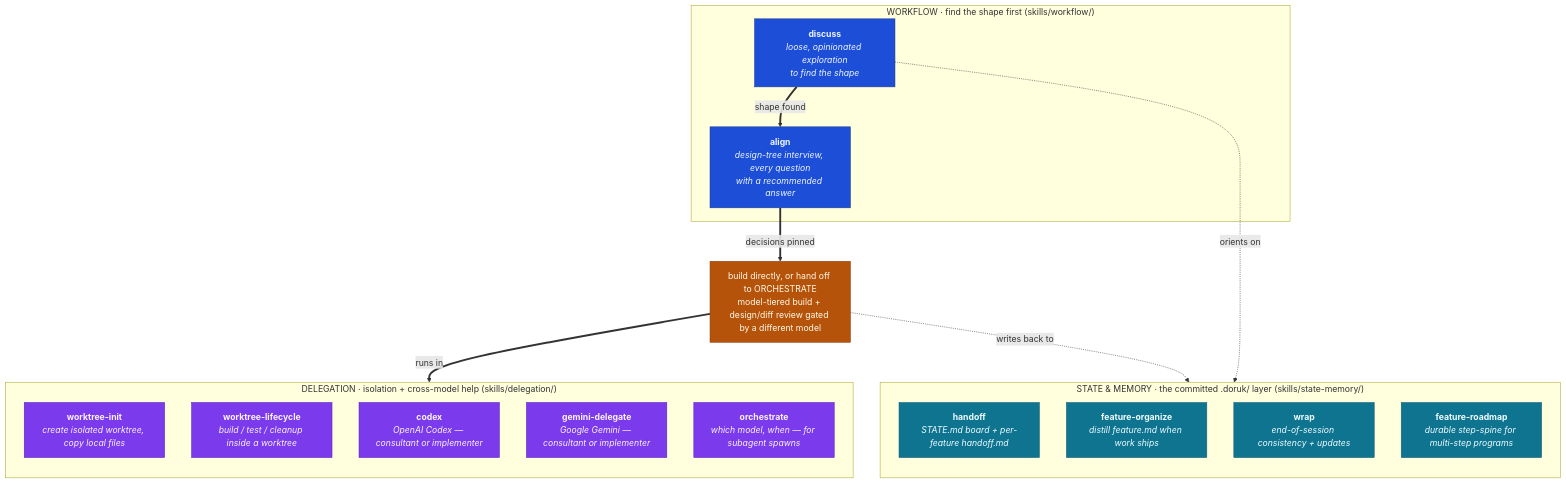
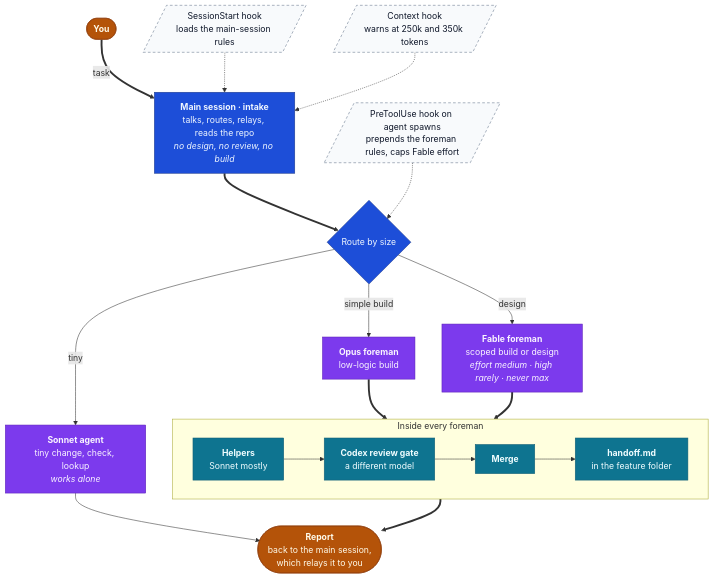
Before and after one commit to doruktarhan/doruk-ai-harness: the first of 5 diagrams in README.md, drawn with Mermaid. The commit also changed other lines of this file and 16 other files, not shown here.

````diff
--- a/README.md
+++ b/README.md
@@ -68,41 +23,44 @@
 ```mermaid
 flowchart TB
-    subgraph WF["WORKFLOW · find the shape first (skills/workflow/)"]
-        D["<b>discuss</b><br/><i>loose, opinionated exploration<br/>to find the shape</i>"]
-        A["<b>align</b><br/><i>design-tree interview, every question<br/>with a recommended answer</i>"]
-        D ==>|"shape found"| A
+    U(["<b>You</b>"])
+    M["<b>Main session · intake</b><br/>talks, routes, relays, reads the repo<br/><i>no design, no review, no build</i>"]
+    R{"Route by size"}
+    S["<b>Sonnet agent</b><br/>tiny change, check, lookup<br/><i>works alone</i>"]
+    O["<b>Opus foreman</b><br/>low-logic build"]
+    F["<b>Fable foreman</b><br/>scoped build or design<br/><i>effort medium · high rarely · never max</i>"]
+
+    subgraph JOB["Inside every foreman"]
+        direction LR
+        HP["<b>Helpers</b><br/>Sonnet mostly"] --> G["<b>Codex review gate</b><br/>a different model"] --> MG["<b>Merge</b>"] --> HO["<b>handoff.md</b><br/>in the feature folder"]
     end
 
-    BUILD["build directly, or hand off to ORCHESTRATE<br/>model-tiered build + design/diff review gated by a different model"]
-    A ==>|"decisions pinned"| BUILD
+    H1[/"SessionStart hook<br/>loads the main-session rules"/]
+    H2[/"PreToolUse hook on agent spawns<br/>prepends the foreman rules, caps Fable effort"/]
+    H3[/"Context hook<br/>warns at 250k and 350k tokens"/]
 
-    subgraph SM["STATE &amp; MEMORY · the committed .doruk/ layer (skills/state-memory/)"]
-        direction TB
-        SM1["<b>handoff</b><br/><i>STATE.md board + per-feature handoff.md</i>"]
-        SM2["<b>feature-organize</b><br/><i>distill feature.md when work ships</i>"]
-        SM3["<b>wrap</b><br/><i>end-of-session consistency + updates</i>"]
-        SM4["<b>feature-roadmap</b><br/><i>durable step-spine for multi-step programs</i>"]
-    end
+    BACK(["<b>Report</b><br/>back to the main session,<br/>which relays it to you"])
 
-    subgraph DG["DELEGATION · isolation + cross-model help (skills/delegation/)"]
-        direction TB
-        DG1["<b>worktree-init</b><br/><i>create isolated worktree, copy local files</i>"]
-        DG2["<b>worktree-lifecycle</b><br/><i>build / test / cleanup inside a worktree</i>"]
-        DG3["<b>codex</b><br/><i>OpenAI Codex — consultant or implementer</i>"]
-        DG4["<b>gemini-delegate</b><br/><i>Google Gemini — consultant or implementer</i>"]
-        DG5["<b>orchestrate</b><br/><i>which model, when — for subagent spawns</i>"]
-    end
+    U ==>|"task"| M
+    H1 -.-> M
+    H3 -.-> M
+    M ==> R
+    H2 -.-> R
+    R -->|"tiny"| S
+    R -->|"simple build"| O
+    R -->|"design"| F
+    O ==> JOB
+    F ==> JOB
+    S --> BACK
+    JOB ==> BACK
 
-    D -.->|orients on| SM1
-    BUILD ==>|runs in| DG
-    BUILD -.->|writes back to| SM
-
-    classDef wf fill:#1d4ed8,stroke:#1e3a8a,color:#eff6ff;
-    classDef hitl fill:#b45309,stroke:#92400e,color:#fffbeb;
-    classDef sm fill:#0e7490,stroke:#155e75,color:#f0fdff;
-    classDef dg fill:#7c3aed,stroke:#5b21b6,color:#faf5ff;
-    class D,A wf;
-    class BUILD hitl;
-    class SM1,SM2,SM3,SM4 sm;
-    class DG1,DG2,DG3,DG4,DG5 dg;
+    classDef you fill:#b45309,stroke:#92400e,color:#fffbeb;
+    classDef main fill:#1d4ed8,stroke:#1e3a8a,color:#eff6ff;
+    classDef agent fill:#7c3aed,stroke:#5b21b6,color:#faf5ff;
+    classDef step fill:#0e7490,stroke:#155e75,color:#f0fdff;
+    classDef hook fill:#f8fafc,stroke:#64748b,color:#0f172a,stroke-dasharray: 5 4;
+    class U,BACK you;
+    class M,R main;
+    class S,O,F agent;
+    class HP,G,MG,HO step;
+    class H1,H2,H3 hook;
 ```
````
